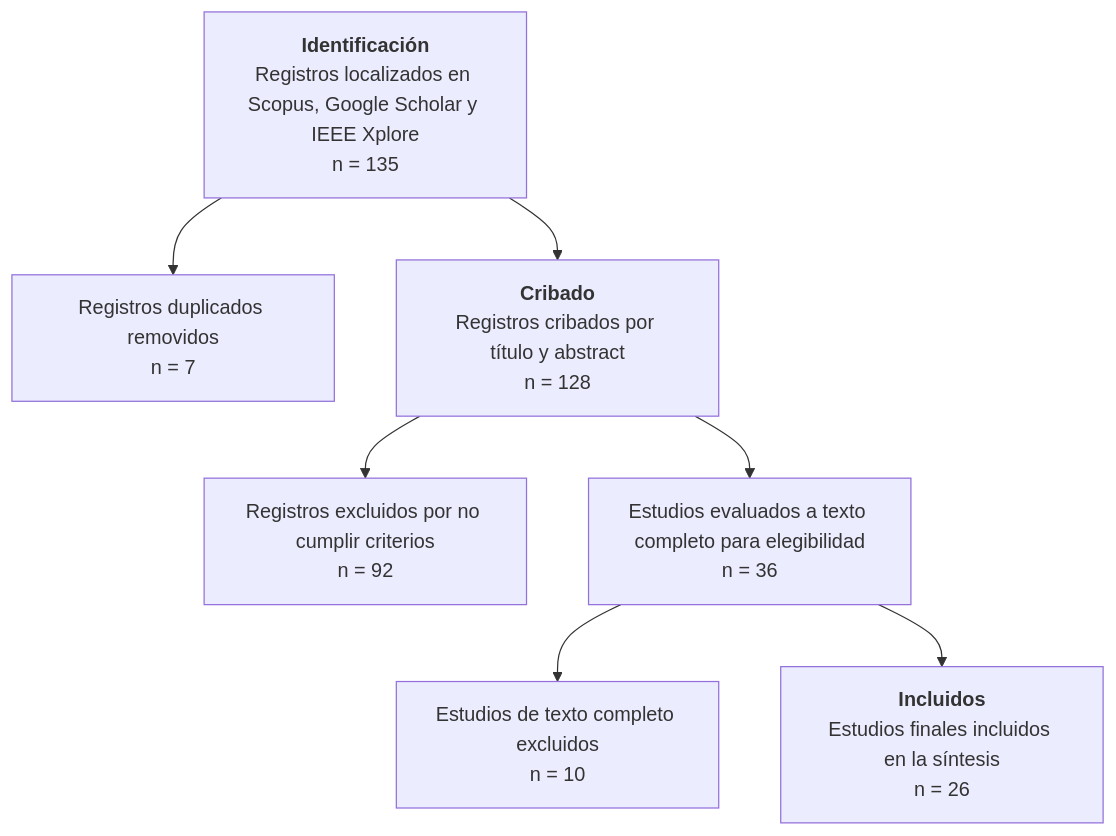
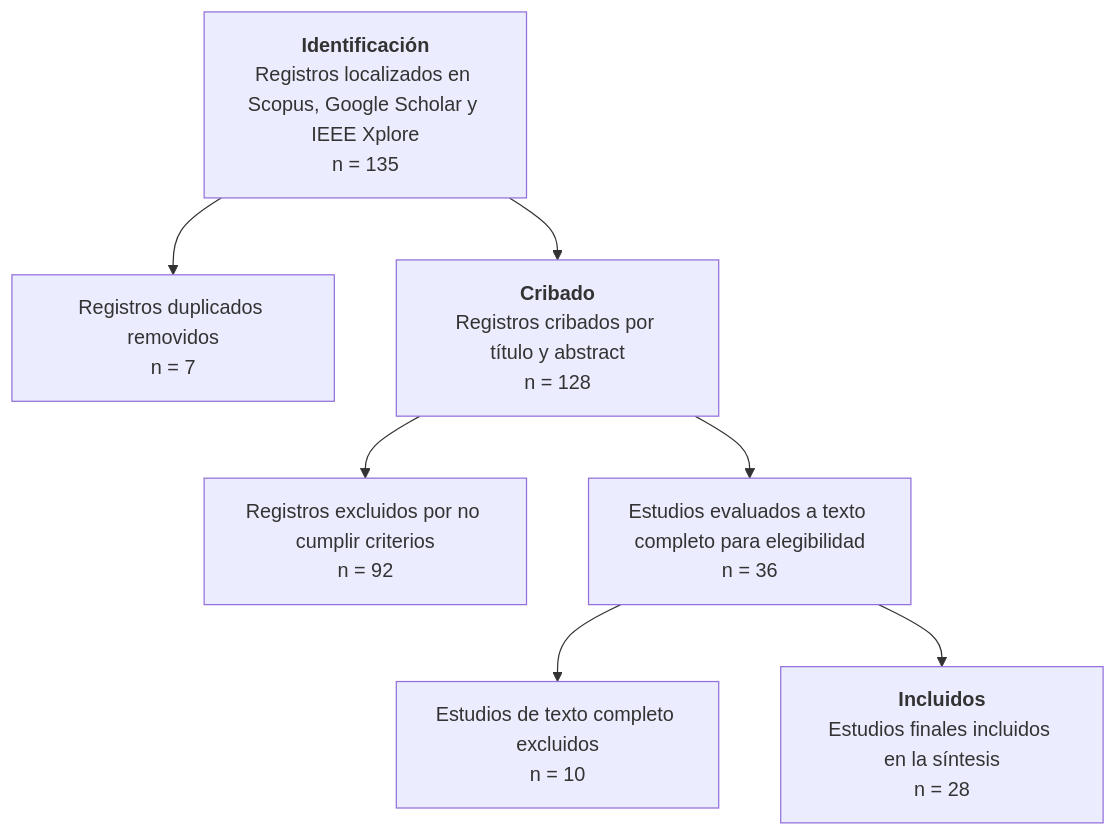
One commit to JkVely/SLR-Green-Software-Colombia changed the diagram in 04-Borrador.md. Above: the diagram before and after it, drawn with Mermaid. The commit also changed other lines of this file and 4 other files, not shown here.

````diff
--- a/04-Borrador.md
+++ b/04-Borrador.md
@@ -77,9 +77,9 @@
 ```mermaid
 graph TD
     A[<b>Identificación</b><br/>Registros localizados en Scopus, Google Scholar y IEEE Xplore<br/>n = 135] --> B[Registros duplicados removidos<br/>n = 7]
     A --> C[<b>Cribado</b><br/>Registros cribados por título y abstract<br/>n = 128]
     C --> D[Registros excluidos por no cumplir criterios<br/>n = 92]
     C --> E[Estudios evaluados a texto completo para elegibilidad<br/>n = 36]
     E --> F[Estudios de texto completo excluidos<br/>n = 10]
-    E --> G[<b>Incluidos</b><br/>Estudios finales incluidos en la síntesis<br/>n = 26]
+    E --> G[<b>Incluidos</b><br/>Estudios finales incluidos en la síntesis<br/>n = 28]
 ```
````
